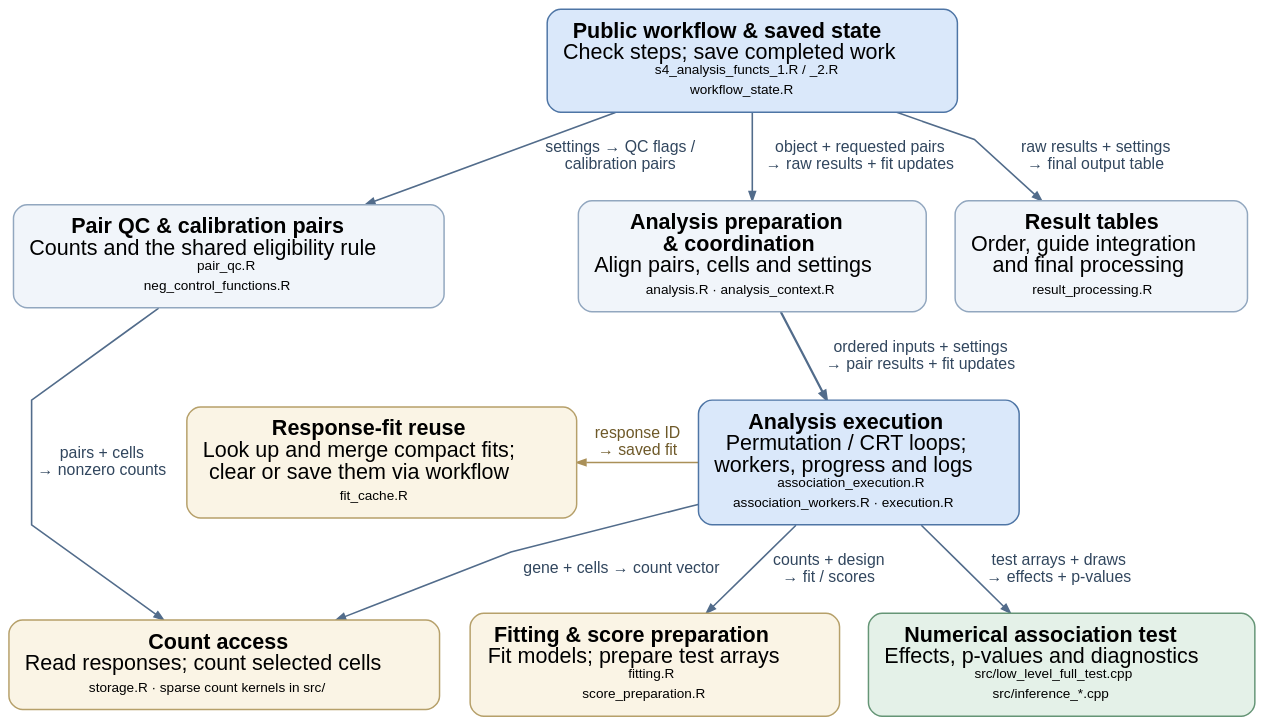
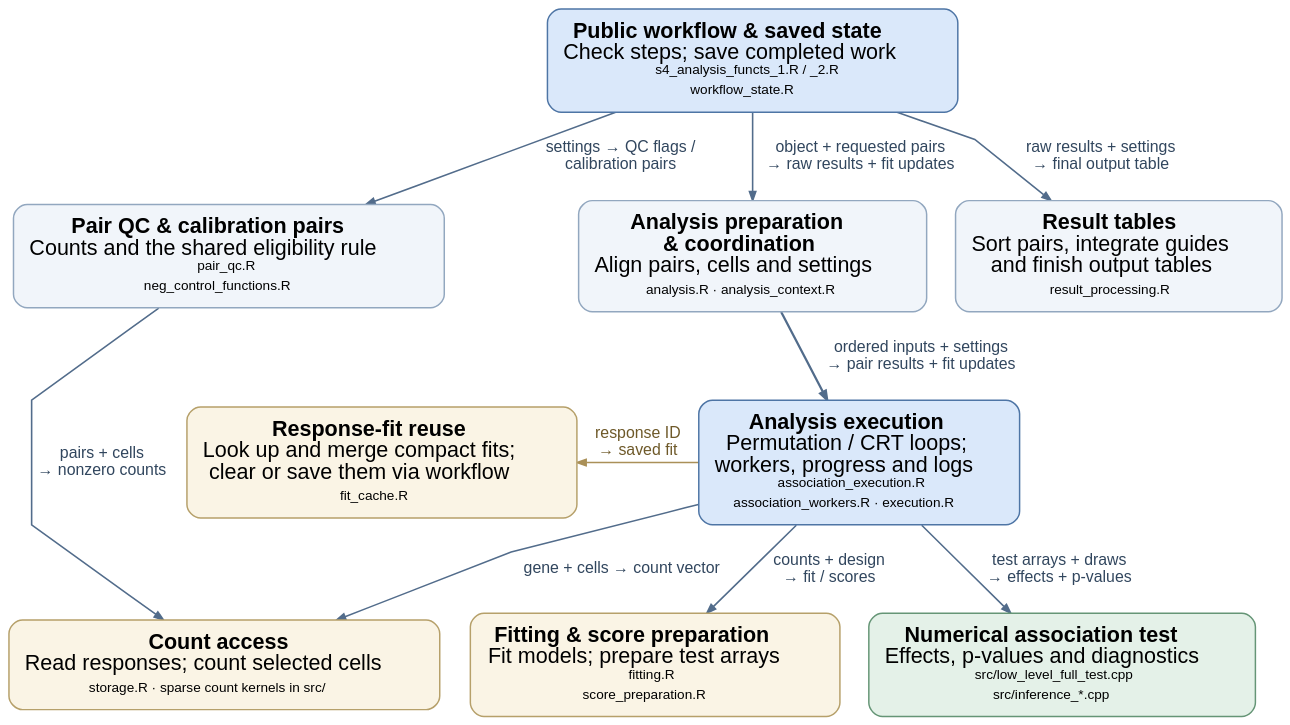
Before and after one commit to Katsevich-Lab/sceptre: the diagram in tools/refactor/figures/module-map.dot, drawn with Graphviz. The commit also changed 80 other files, not shown here.

```diff
--- a/tools/refactor/figures/module-map.dot
+++ b/tools/refactor/figures/module-map.dot
@@ -1,30 +1,30 @@
 digraph modules {
   graph [rankdir=TB, bgcolor="transparent", pad="0.22", nodesep="0.35", ranksep="0.65", fontname="Helvetica", splines=polyline, outputorder=edgesfirst];
   node [shape=box, style="rounded,filled", fillcolor="#F1F5FA", color="#92A7BF", fontname="Helvetica", fontsize=19, margin="0.20,0.15", penwidth=1.3];
   edge [color="#526C8B", arrowsize=0.8, penwidth=1.4, fontname="Helvetica", fontsize=14, fontcolor="#31465E"];
 
   workflow [label=< <B>Public workflow &amp; saved state</B><BR/>Check steps; save completed work<BR/><FONT POINT-SIZE="12">s4_analysis_functs_1.R / _2.R<BR/>workflow_state.R</FONT> >, fillcolor="#DAE8FA", color="#4E75A5"];
   qc [label=< <B>Pair QC &amp; calibration pairs</B><BR/>Counts and the shared eligibility rule<BR/><FONT POINT-SIZE="12">pair_qc.R<BR/>neg_control_functions.R</FONT> >];
   preparation [label=< <B>Analysis preparation<BR/>&amp; coordination</B><BR/>Align pairs, cells and settings<BR/><FONT POINT-SIZE="12">analysis.R · analysis_context.R</FONT> >];
-  results [label=< <B>Result tables</B><BR/>Order, guide integration<BR/>and final processing<BR/><FONT POINT-SIZE="12">result_processing.R</FONT> >];
+  results [label=< <B>Result tables</B><BR/>Sort pairs, integrate guides<BR/>and finish output tables<BR/><FONT POINT-SIZE="12">result_processing.R</FONT> >];
   cache [label=< <B>Response-fit reuse</B><BR/>Look up and merge compact fits;<BR/>clear or save them via workflow<BR/><FONT POINT-SIZE="12">fit_cache.R</FONT> >, fillcolor="#FAF4E5", color="#B6A06A"];
   execution [label=< <B>Analysis execution</B><BR/>Permutation / CRT loops;<BR/>workers, progress and logs<BR/><FONT POINT-SIZE="12">association_execution.R<BR/>association_workers.R · execution.R</FONT> >, fillcolor="#DAE8FA", color="#4E75A5"];
   storage [label=< <B>Count access</B><BR/>Read responses; count selected cells<BR/><FONT POINT-SIZE="12">storage.R · sparse count kernels in src/</FONT> >, fillcolor="#FAF4E5", color="#B6A06A"];
   models [label=< <B>Fitting &amp; score preparation</B><BR/>Fit models; prepare test arrays<BR/><FONT POINT-SIZE="12">fitting.R<BR/>score_preparation.R</FONT> >, fillcolor="#FAF4E5", color="#B6A06A"];
   inference [label=< <B>Numerical association test</B><BR/>Effects, p-values and diagnostics<BR/><FONT POINT-SIZE="12">src/low_level_full_test.cpp</FONT><BR/><FONT POINT-SIZE="12">src/inference_*.cpp</FONT> >, fillcolor="#E4F1E8", color="#659576"];
 
   {rank=same; qc; preparation; results;}
   {rank=same; cache; execution;}
   {rank=same; storage; models; inference;}
 
   workflow -> qc [label="settings → QC flags /\ncalibration pairs"];
   workflow -> preparation [label="object + requested pairs\n→ raw results + fit updates"];
   workflow -> results [label="raw results + settings\n→ final output table"];
   preparation -> execution [label="ordered inputs + settings\n→ pair results + fit updates", penwidth=2];
   cache -> execution [style=invis];
   execution -> cache [constraint=false, label="response ID\n→ saved fit", color="#AA9058", fontcolor="#6E5929"];
   execution -> storage [label="gene + cells → count vector"];
   execution -> models [label="counts + design\n→ fit / scores"];
   execution -> inference [label="test arrays + draws\n→ effects + p-values"];
   qc -> storage [label="pairs + cells\n→ nonzero counts"];
 }
```
